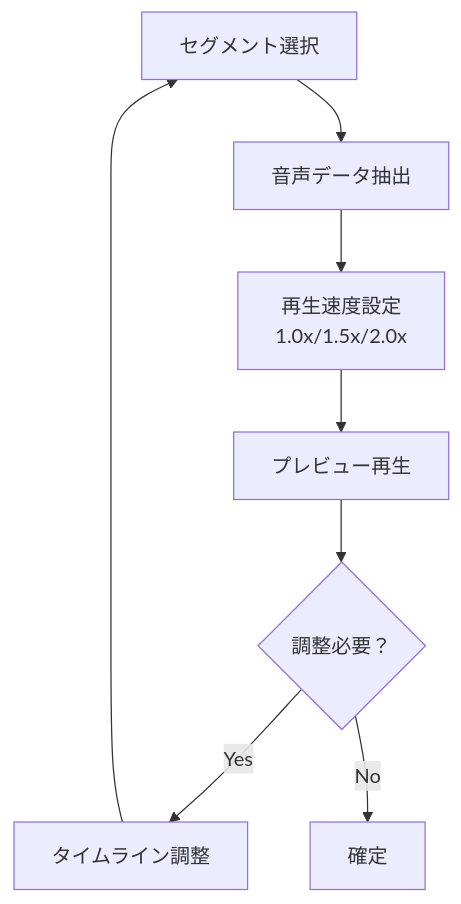
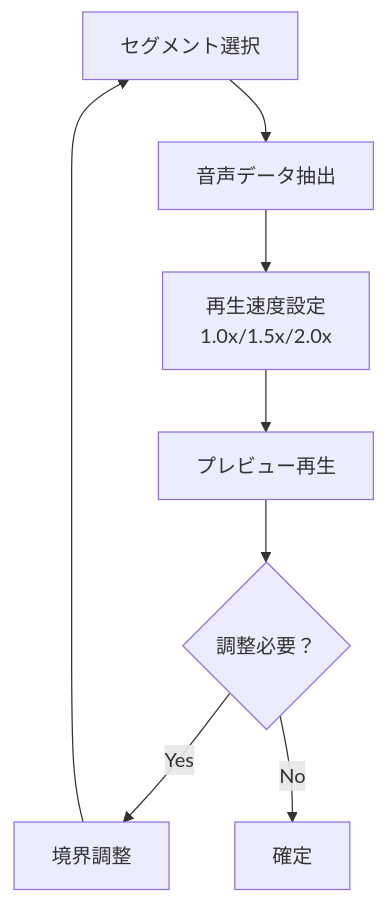
Diagram 11 of 27 in docs/basic_design_specification_v2.md (Coidemo/TextffCut), drawn with Mermaid before and after one commit. The commit also changed other lines of this file and 1 other file, not shown here.

````diff
--- a/docs/basic_design_specification_v2.md
+++ b/docs/basic_design_specification_v2.md
@@ -526,10 +376,10 @@
 ```mermaid
 flowchart TD
     A[セグメント選択] --> B[音声データ抽出]
     B --> C[再生速度設定<br/>1.0x/1.5x/2.0x]
     C --> D[プレビュー再生]
     D --> E{調整必要？}
-    E -->|Yes| F[タイムライン調整]
+    E -->|Yes| F[境界調整]
     E -->|No| G[確定]
     F --> A
 ```
````
